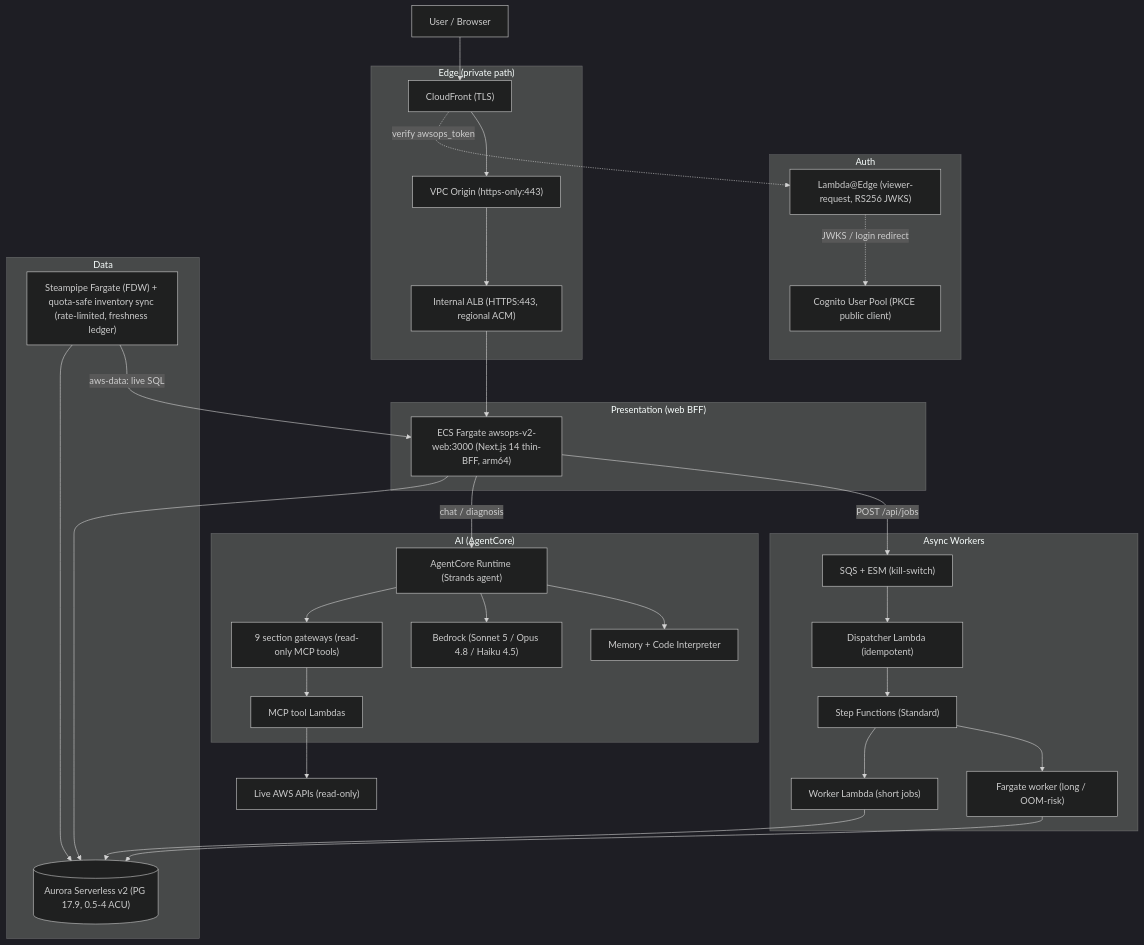
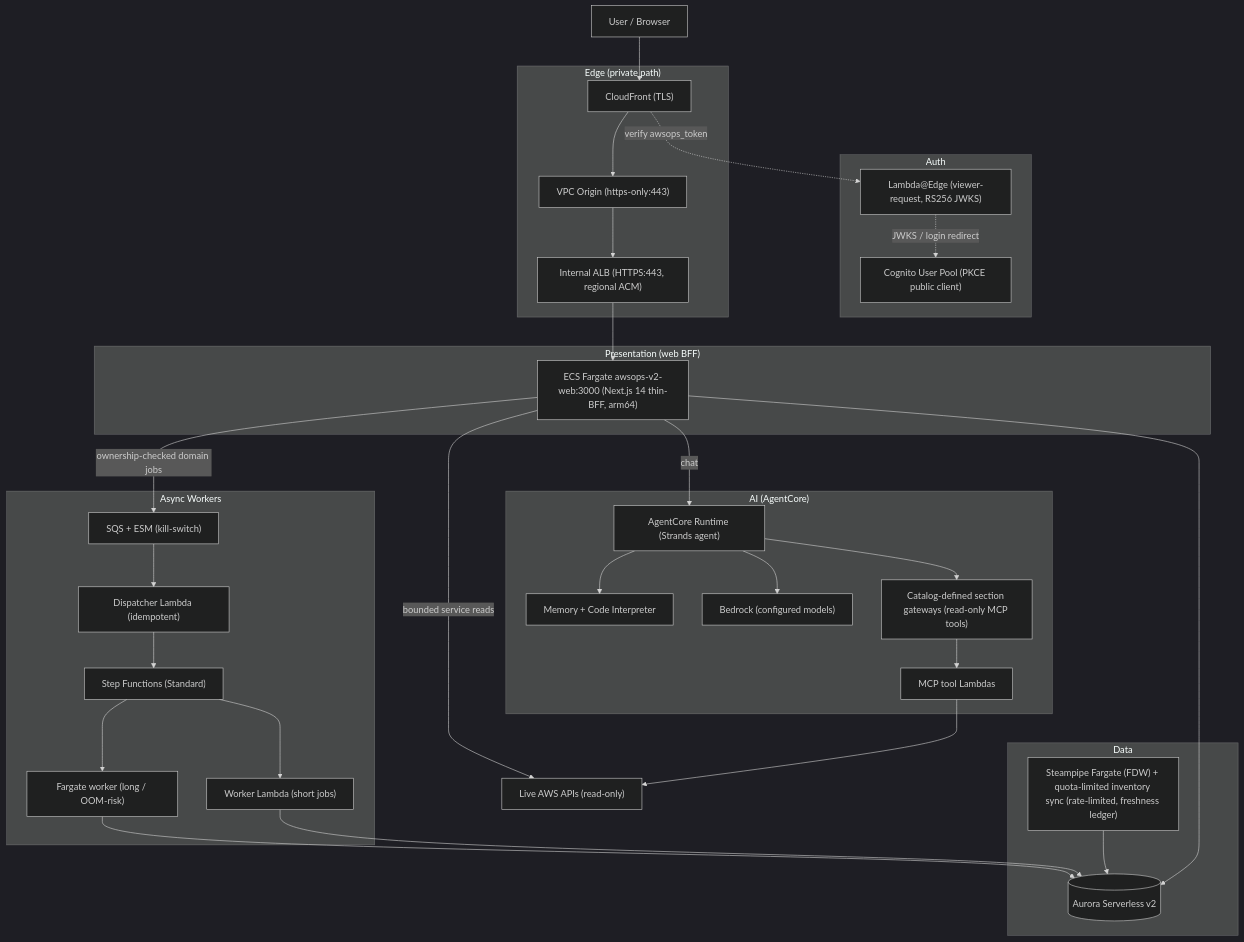
One commit to Atom-oh/awsops changed the first of 2 diagrams in docs/architecture.md. Above: the diagram before and after it, drawn with Mermaid (dark theme). The commit also changed other lines of this file and 8 other files, not shown here.

````diff
--- a/docs/architecture.md
+++ b/docs/architecture.md
@@ -27,65 +22,65 @@
 ```mermaid
 flowchart TB
   U["User / Browser"]
 
   subgraph AUTH["Auth"]
     LE["Lambda@Edge (viewer-request, RS256 JWKS)"]
     COG["Cognito User Pool (PKCE public client)"]
   end
 
   subgraph EDGE["Edge (private path)"]
     CF["CloudFront (TLS)"]
     VO["VPC Origin (https-only:443)"]
     ALB["Internal ALB (HTTPS:443, regional ACM)"]
   end
 
   subgraph WEB["Presentation (web BFF)"]
     W["ECS Fargate awsops-v2-web:3000 (Next.js 14 thin-BFF, arm64)"]
   end
 
   subgraph DATA["Data"]
-    AUR[("Aurora Serverless v2 (PG 17.9, 0.5-4 ACU)")]
-    SP["Steampipe Fargate (FDW) + quota-safe inventory sync (rate-limited, freshness ledger)"]
+    AUR[("Aurora Serverless v2")]
+    SP["Steampipe Fargate (FDW) + quota-limited inventory sync (rate-limited, freshness ledger)"]
   end
 
   subgraph AI["AI (AgentCore)"]
     RT["AgentCore Runtime (Strands agent)"]
-    GW["9 section gateways (read-only MCP tools)"]
+    GW["Catalog-defined section gateways (read-only MCP tools)"]
     MCP["MCP tool Lambdas"]
     MEM["Memory + Code Interpreter"]
-    BR["Bedrock (Sonnet 5 / Opus 4.8 / Haiku 4.5)"]
+    BR["Bedrock (configured models)"]
   end
 
   subgraph WK["Async Workers"]
     SQS["SQS + ESM (kill-switch)"]
     DSP["Dispatcher Lambda (idempotent)"]
     SFN["Step Functions (Standard)"]
     WL["Worker Lambda (short jobs)"]
     WF["Fargate worker (long / OOM-risk)"]
   end
 
   AWSAPI["Live AWS APIs (read-only)"]
 
   U --> CF
   CF -. "verify awsops_token" .-> LE
   LE -. "JWKS / login redirect" .-> COG
   CF --> VO
   VO --> ALB
   ALB --> W
   W --> AUR
-  W -->|"chat / diagnosis"| RT
+  W -->|"chat"| RT
+  W -->|"bounded service reads"| AWSAPI
   RT --> GW
   GW --> MCP
   MCP --> AWSAPI
   RT --> BR
   RT --> MEM
-  W -->|"POST /api/jobs"| SQS
+  W -->|"ownership-checked domain jobs"| SQS
   SQS --> DSP
   DSP --> SFN
   SFN --> WL
   SFN --> WF
   WL --> AUR
   WF --> AUR
   SP --> AUR
-  SP -->|"aws-data: live SQL"| W
 ```
````
